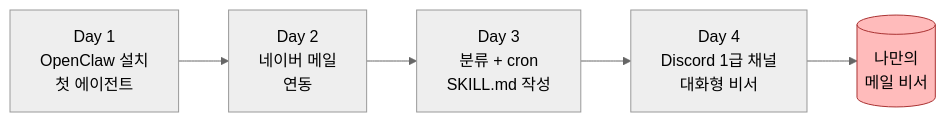
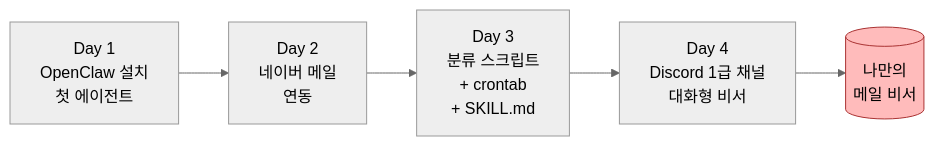
One commit to xodnjs9850/xodnjs9850.github.io changed the second of 2 diagrams in 04-day4-discord.md. Above: the diagram before and after it, drawn with Mermaid (neutral theme). The commit also changed other lines of this file and 1 other file, not shown here.

First line of the commit message:
Rewrite Day 3 + update Day 4 — Ubuntu crontab + linux-cron + webhook

````diff
--- a/04-day4-discord.md
+++ b/04-day4-discord.md
@@ -383,8 +391,8 @@
 ```mermaid
 flowchart LR
     D1[Day 1<br/>OpenClaw 설치<br/>첫 에이전트] --> D2[Day 2<br/>네이버 메일<br/>연동]
-    D2 --> D3[Day 3<br/>분류 + cron<br/>SKILL.md 작성]
+    D2 --> D3[Day 3<br/>분류 스크립트<br/>+ crontab<br/>+ SKILL.md]
     D3 --> D4[Day 4<br/>Discord 1급 채널<br/>대화형 비서]
     D4 --> Final[(나만의<br/>메일 비서)]
     style Final fill:#fbb,stroke:#a33,color:#000
 ```
````
